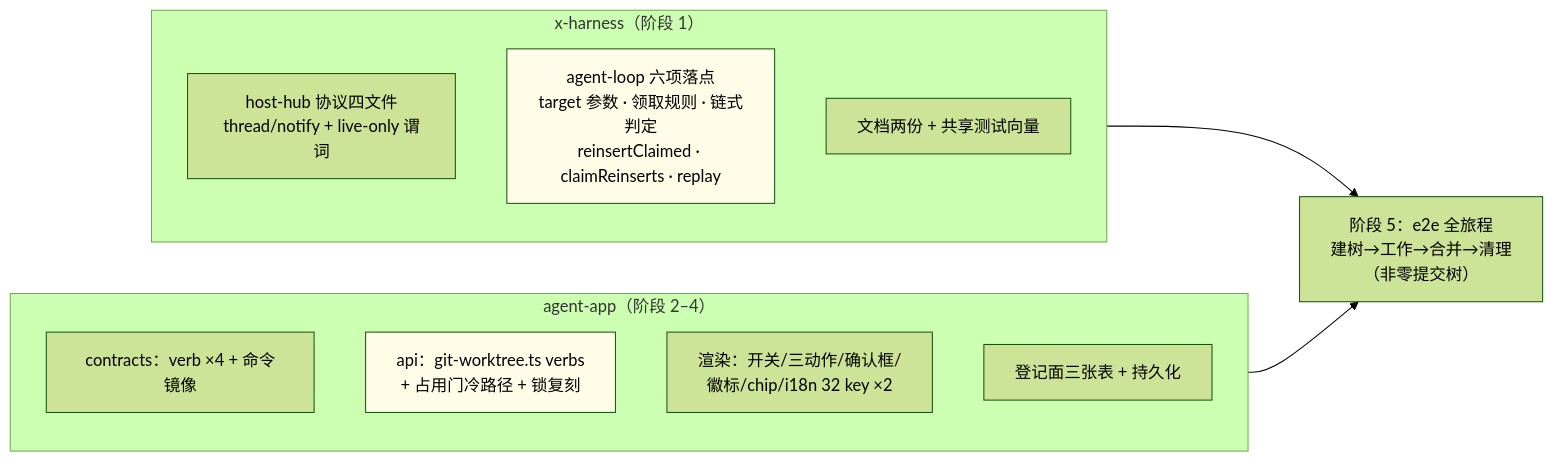
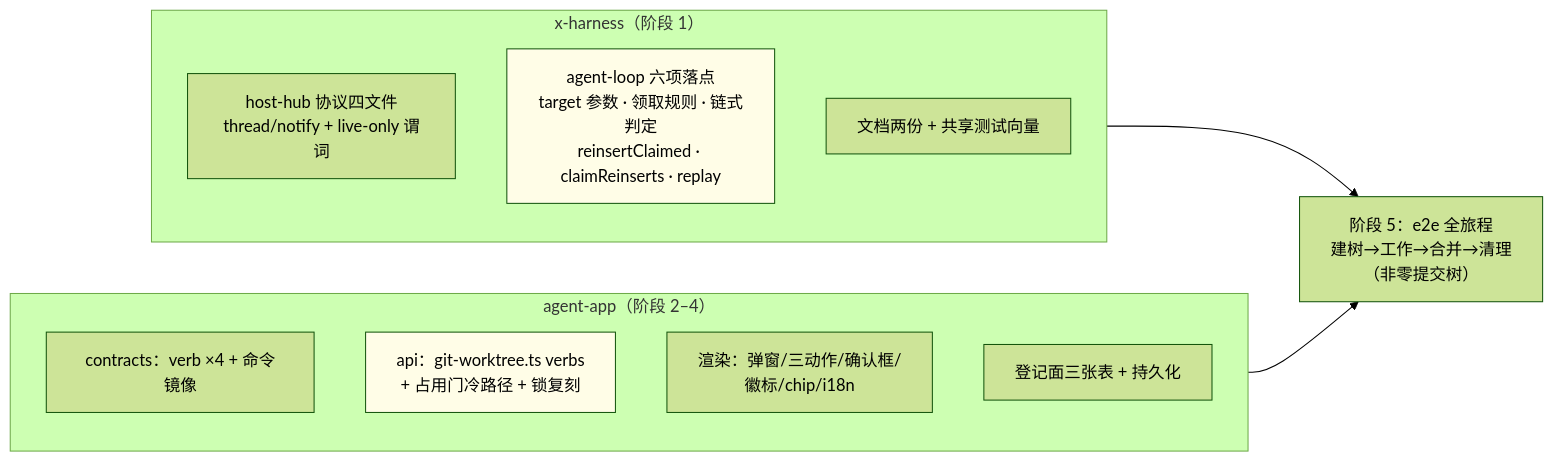
One commit to renxqoo/x-harness changed the fifth of 5 diagrams in docs/SESSION-WORKTREE-WORKFLOW-DIAGRAMS.md. Above: the diagram before and after it, drawn with Mermaid (forest theme). The commit also changed other lines of this file and 51 other files, not shown here.

````diff
--- a/docs/SESSION-WORKTREE-WORKFLOW-DIAGRAMS.md
+++ b/docs/SESSION-WORKTREE-WORKFLOW-DIAGRAMS.md
@@ -142,23 +142,23 @@
 ```mermaid
 flowchart LR
     subgraph XH["x-harness（阶段 1）"]
         direction TB
         X1["host-hub 协议四文件<br/>thread/notify + live-only 谓词"]
         X2["agent-loop 六项落点<br/>target 参数 · 领取规则 · 链式判定<br/>reinsertClaimed · claimReinserts · replay"]
         X3["文档两份 + 共享测试向量"]
     end
     subgraph AAP["agent-app（阶段 2–4）"]
         direction TB
         A1["contracts：verb ×4 + 命令镜像"]
         A2["api：git-worktree.ts verbs<br/>+ 占用门冷路径 + 锁复刻"]
-        A3["渲染：开关/三动作/确认框/<br/>徽标/chip/i18n 32 key ×2"]
+        A3["渲染：弹窗/三动作/确认框/<br/>徽标/chip/i18n"]
         A4["登记面三张表 + 持久化"]
     end
     E2E["阶段 5：e2e 全旅程<br/>建树→工作→合并→清理<br/>（非零提交树）"]
 
     XH --> E2E
     AAP --> E2E
 
     style X2 fill:#fffde7
     style A2 fill:#fffde7
 ```
````
